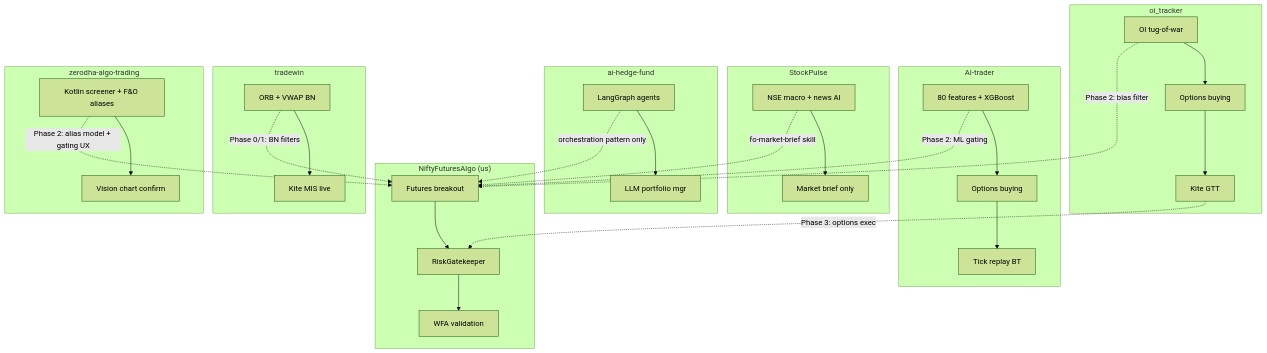
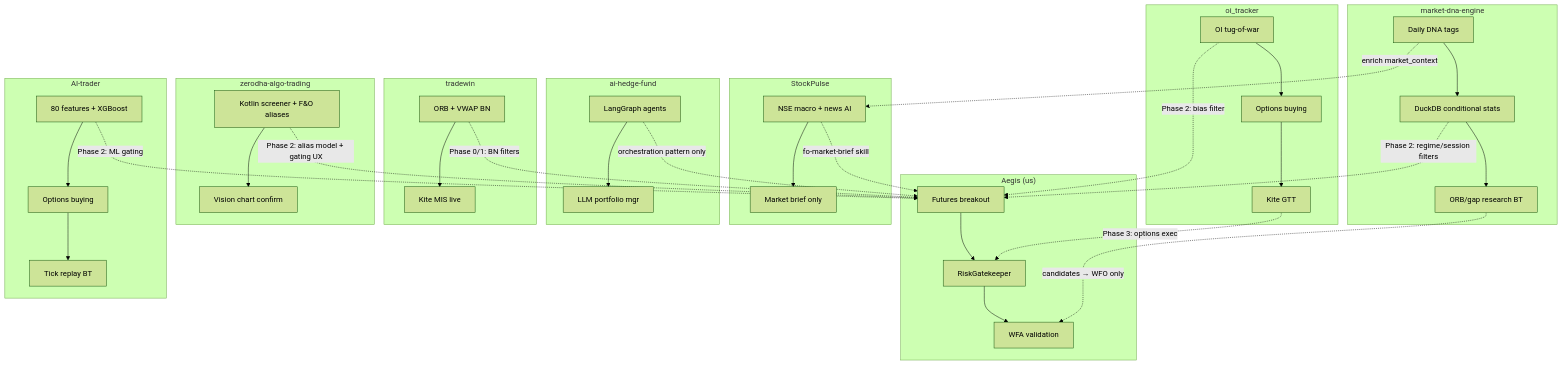
One commit to Sravansuhas/NiftyFuturesAlgo changed the diagram in docs/EXTERNAL_REPOS_REFERENCE.md. Above: the diagram before and after it, drawn with Mermaid (forest theme). The commit also changed other lines of this file and 154 other files, not shown here.

````diff
--- a/docs/EXTERNAL_REPOS_REFERENCE.md
+++ b/docs/EXTERNAL_REPOS_REFERENCE.md
@@ -641,34 +741,41 @@
 ```mermaid
 flowchart TB
-    subgraph NFA["NiftyFuturesAlgo (us)"]
+    subgraph AEGIS["Aegis (us)"]
         F1[Futures breakout] --> F2[RiskGatekeeper]
         F2 --> F3[WFA validation]
     end
     subgraph OI["oi_tracker"]
         O1[OI tug-of-war] --> O2[Options buying]
         O2 --> O3[Kite GTT]
     end
     subgraph AIT["AI-trader"]
         A1[80 features + XGBoost] --> A2[Options buying]
         A2 --> A3[Tick replay BT]
     end
     subgraph SP["StockPulse"]
         S1[NSE macro + news AI] --> S2[Market brief only]
     end
     subgraph AHF["ai-hedge-fund"]
         H1[LangGraph agents] --> H2[LLM portfolio mgr]
     end
     subgraph TW["tradewin"]
         T1[ORB + VWAP BN] --> T2[Kite MIS live]
     end
     subgraph ZAT["zerodha-algo-trading"]
         Z1[Kotlin screener + F&O aliases] --> Z2[Vision chart confirm]
     end
+    subgraph MDNA["market-dna-engine"]
+        M1[Daily DNA tags] --> M2[DuckDB conditional stats]
+        M2 --> M3[ORB/gap research BT]
+    end
     T1 -.->|Phase 0/1: BN filters| F1
     Z1 -.->|Phase 2: alias model + gating UX| F1
+    M2 -.->|Phase 2: regime/session filters| F1
+    M1 -.->|enrich market_context| S1
     O1 -.->|Phase 2: bias filter| F1
     A1 -.->|Phase 2: ML gating| F1
     S1 -.->|fo-market-brief skill| F1
     H1 -.->|orchestration pattern only| F1
+    M3 -.->|candidates → WFO only| F3
     O3 -.->|Phase 3: options exec| F2
 ```
````
